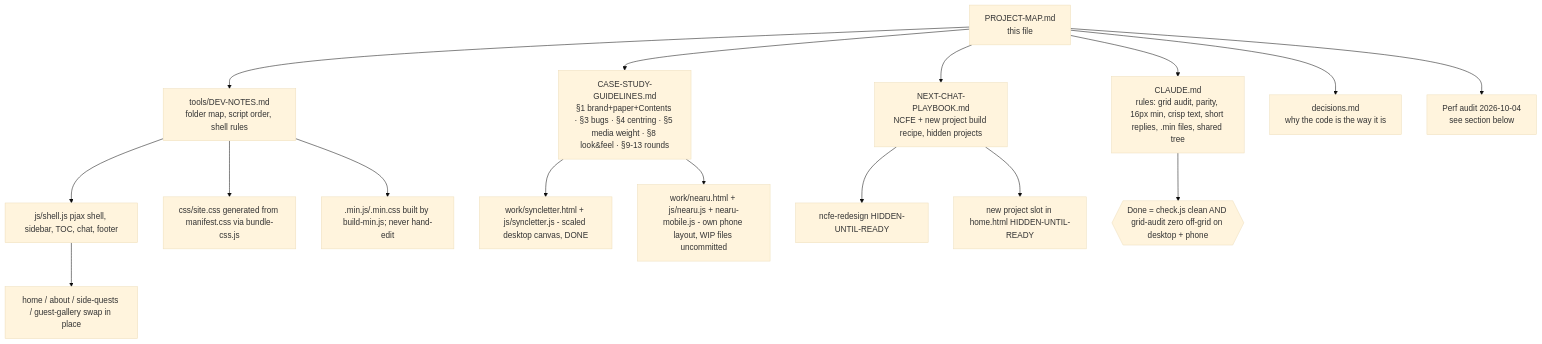
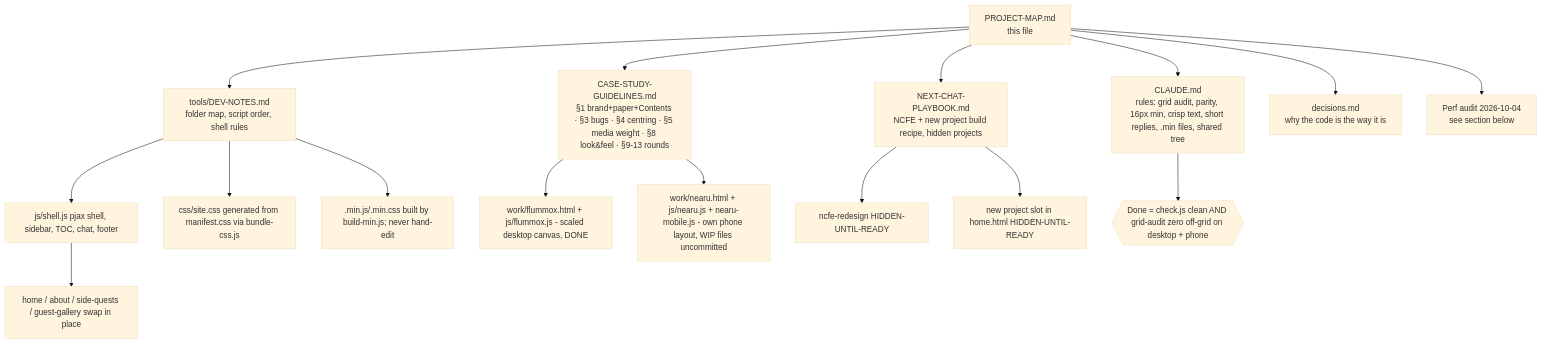
Before and after one commit to Siddhibhavya/siddhibhavya.github.io: the diagram in PROJECT-MAP.md, drawn with Mermaid (base theme). The commit also changed 49 other files, not shown here.

Commit message:
Rename Syncletter to Flummox in every page, link, file and asset; remake the intro film with code; redirect stub for the old address

````diff
--- a/PROJECT-MAP.md
+++ b/PROJECT-MAP.md
@@ -3,21 +3,21 @@
 ```mermaid
 graph TD
   CLAUDE[CLAUDE.md<br/>rules: grid audit, parity, 16px min, crisp text, short replies, .min files, shared tree]
   MAP[PROJECT-MAP.md<br/>this file]
   DEV[tools/DEV-NOTES.md<br/>folder map, script order, shell rules]
   CSG[CASE-STUDY-GUIDELINES.md<br/>§1 brand+paper+Contents · §3 bugs · §4 centring · §5 media weight · §8 look&feel · §9-13 rounds]
   PLAY[NEXT-CHAT-PLAYBOOK.md<br/>NCFE + new project build recipe, hidden projects]
   DEC[decisions.md<br/>why the code is the way it is]
   PERF[Perf audit 2026-10-04<br/>see section below]
 
   MAP --> CLAUDE & DEV & CSG & PLAY & DEC & PERF
   DEV --> SHELL[js/shell.js pjax shell, sidebar, TOC, chat, footer]
   DEV --> CSS[css/site.css generated from manifest.css via bundle-css.js]
   DEV --> MIN[.min.js/.min.css built by build-min.js; never hand-edit]
   SHELL --> PAGES[home / about / side-quests / guest-gallery swap in place]
-  CSG --> SYN[work/syncletter.html + js/syncletter.js - scaled desktop canvas, DONE]
+  CSG --> SYN[work/flummox.html + js/flummox.js - scaled desktop canvas, DONE]
   CSG --> NU[work/nearu.html + js/nearu.js + nearu-mobile.js - own phone layout, WIP files uncommitted]
   PLAY --> NCFE[ncfe-redesign HIDDEN-UNTIL-READY]
   PLAY --> NEWP[new project slot in home.html HIDDEN-UNTIL-READY]
   CLAUDE --> GATE{{Done = check.js clean AND grid-audit zero off-grid on desktop + phone}}
 ```
````
